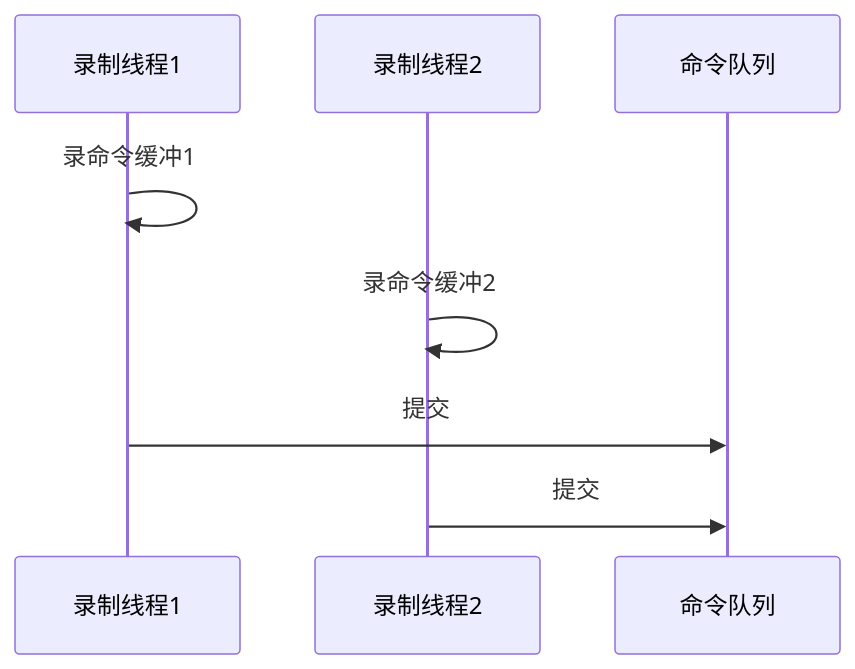
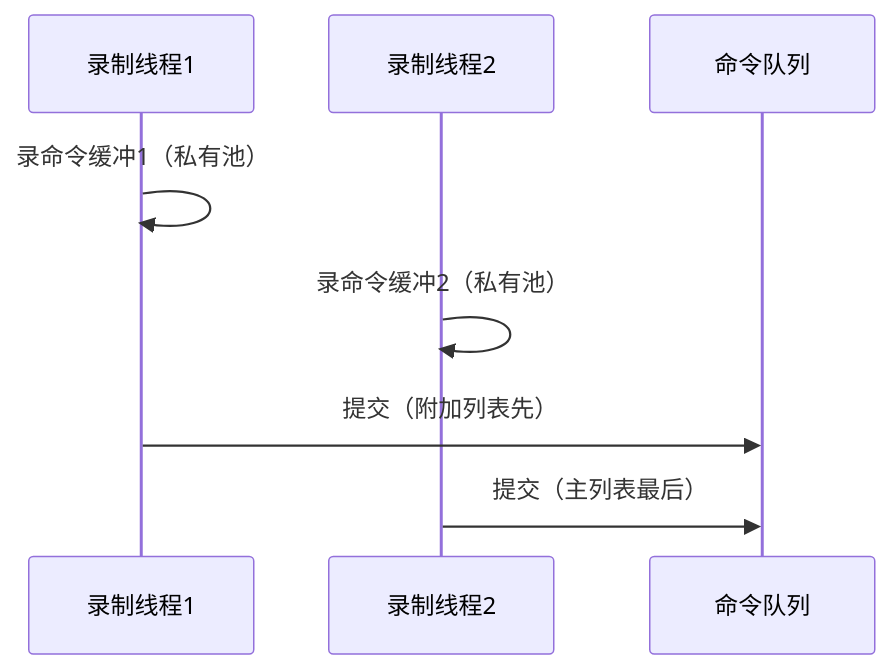
Before and after one commit to tangzheheshui/cmake_opengl_glfw_imgui: the sixth of 6 diagrams in docs/2-类设计与时序图.md, drawn with Mermaid. The commit also changed other lines of this file and 5 other files, not shown here.

````diff
--- a/docs/2-类设计与时序图.md
+++ b/docs/2-类设计与时序图.md
@@ -178,10 +186,10 @@
 ```mermaid
 sequenceDiagram
     participant t1 as 录制线程1
     participant t2 as 录制线程2
     participant q as 命令队列
-    t1->>t1: 录命令缓冲1
-    t2->>t2: 录命令缓冲2
-    t1->>q: 提交
-    t2->>q: 提交
+    t1->>t1: 录命令缓冲1（私有池）
+    t2->>t2: 录命令缓冲2（私有池）
+    t1->>q: 提交（附加列表先）
+    t2->>q: 提交（主列表最后）
 ```
````
